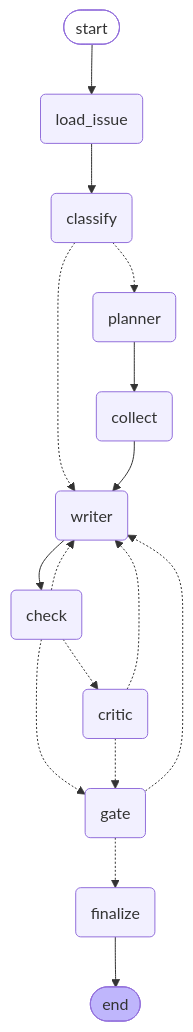
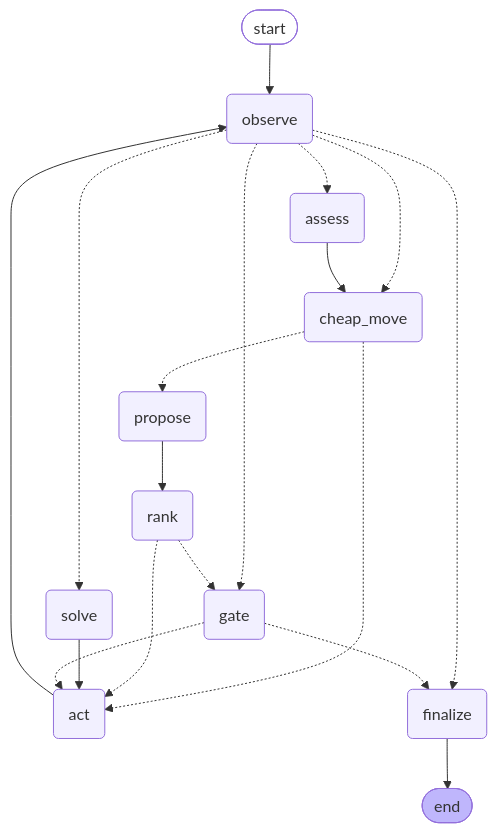
The diagram in README.md (mateusveloso/graphplay), drawn with Mermaid before and after one commit. The commit also changed other lines of this file and 50 other files, not shown here.

First line of the commit message:
Replace issue triage with a text adventure the graph plays

````diff
--- a/README.md
+++ b/README.md
@@ -16,32 +19,34 @@
 ```mermaid
 graph TD;
 	__start__([start]):::first
-	load_issue(load_issue)
-	classify(classify)
-	planner(planner)
-	collect(collect)
-	writer(writer)
-	check(check)
-	critic(critic)
+	observe(observe)
+	assess(assess)
+	cheap_move(cheap_move)
+	propose(propose)
+	rank(rank)
+	solve(solve)
+	act(act)
 	gate(gate)
 	finalize(finalize)
 	__end__([end]):::last
-	__start__ --> load_issue;
-	load_issue --> classify;
-	classify -.-> planner;
-	classify -.-> writer;
-	planner --> collect;
-	collect --> writer;
-	writer --> check;
-	check -.-> critic;
-	check -.-> gate;
-	check -.-> writer;
-	critic -.-> gate;
-	critic -.-> writer;
+	__start__ --> observe;
+	observe -.-> assess;
+	observe -.-> cheap_move;
+	observe -.-> finalize;
+	observe -.-> gate;
+	observe -.-> solve;
+	assess --> cheap_move;
+	cheap_move -.-> act;
+	cheap_move -.-> propose;
+	propose --> rank;
+	rank -.-> act;
+	rank -.-> gate;
+	solve --> act;
+	act --> observe;
+	gate -.-> act;
 	gate -.-> finalize;
-	gate -.-> writer;
 	finalize --> __end__;
 	classDef default fill:#f2f0ff,line-height:1.2
 	classDef first fill-opacity:0
 	classDef last fill:#bfb6fc
 ```
````
